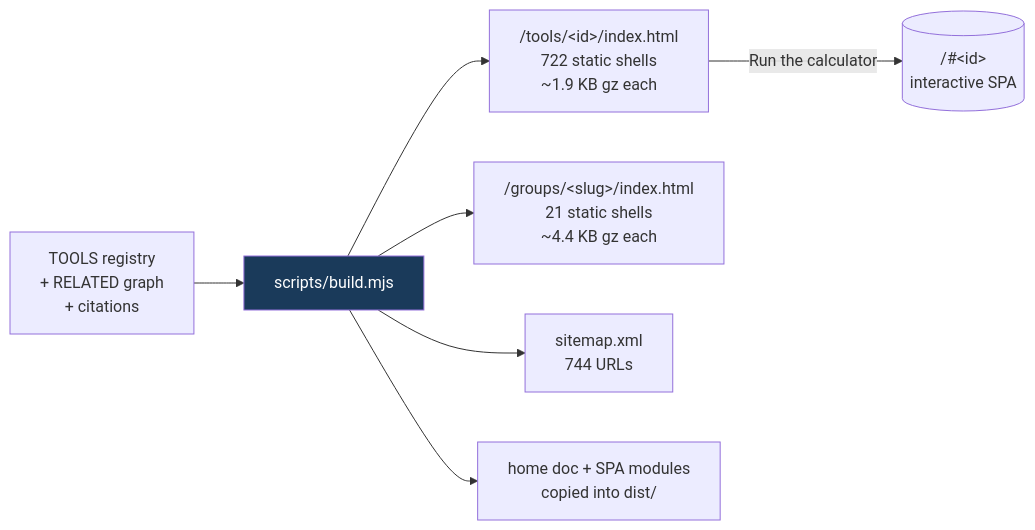
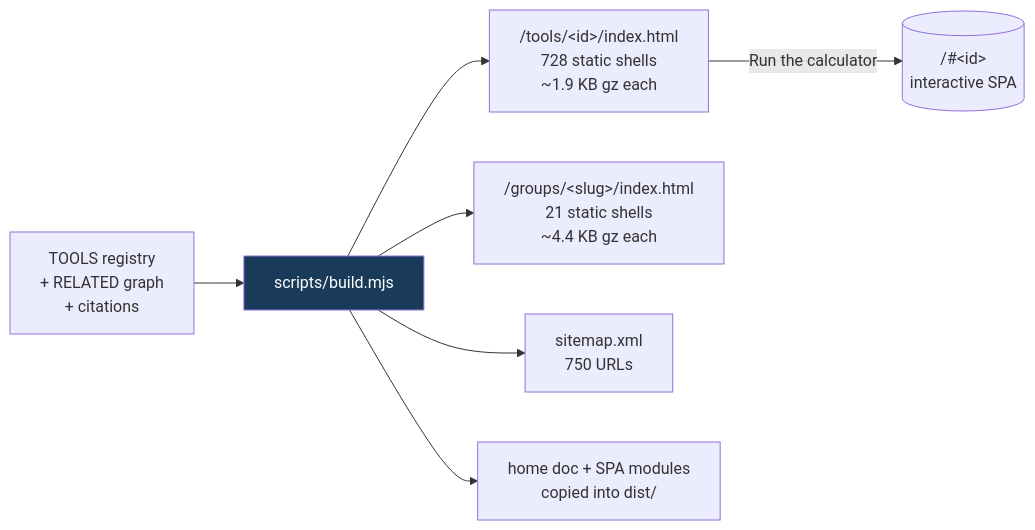
The fifth of 8 diagrams in README.md (clay-good/roughlogic.com), drawn with Mermaid before and after one commit. The commit also changed other lines of this file and 25 other files, not shown here.

````diff
--- a/README.md
+++ b/README.md
@@ -495,10 +495,10 @@
 ```mermaid
 flowchart LR
     SRC[TOOLS registry\n+ RELATED graph\n+ citations] --> BUILD[scripts/build.mjs]
-    BUILD --> TILE["/tools/&lt;id&gt;/index.html\n722 static shells\n~1.9 KB gz each"]
+    BUILD --> TILE["/tools/&lt;id&gt;/index.html\n728 static shells\n~1.9 KB gz each"]
     BUILD --> GROUP["/groups/&lt;slug&gt;/index.html\n21 static shells\n~4.4 KB gz each"]
-    BUILD --> MAP["sitemap.xml\n744 URLs"]
+    BUILD --> MAP["sitemap.xml\n750 URLs"]
     BUILD --> COPY[home doc + SPA modules\ncopied into dist/]
     TILE -->|Run the calculator| SPA[("/#&lt;id&gt;\ninteractive SPA")]
     style BUILD fill:#1a3a5a,color:#fff
 ```
````
